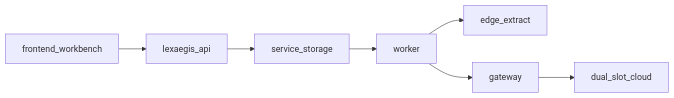
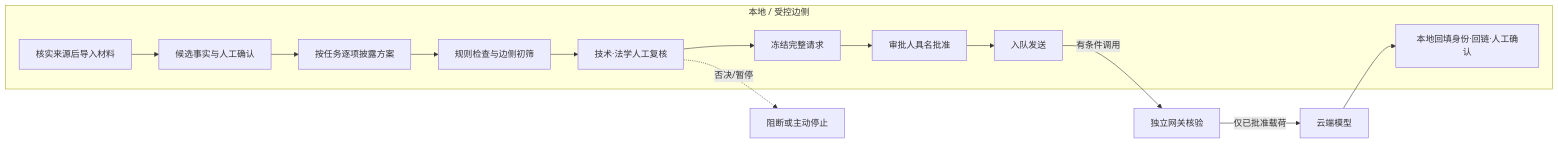
One commit to alanzhang66666/LexAegis changed the third of 5 diagrams in README.md. Above: the diagram before and after it, drawn with Mermaid. The commit also changed other lines of this file and 91 other files, not shown here.

````diff
--- a/README.md
+++ b/README.md
@@ -151,9 +242,17 @@
 ```mermaid
 flowchart LR
-  workbench[frontend_workbench] --> api[lexaegis_api]
-  api --> service[service_storage]
-  service --> worker[worker]
-  worker --> edge[edge_extract]
-  worker --> gateway[gateway]
-  gateway --> cloud[dual_slot_cloud]
+  subgraph local[本地 / 受控边侧]
+    import[核实来源后导入材料] --> facts[候选事实与人工确认]
+    facts --> plan[按任务逐项披露方案]
+    plan --> check[规则检查与边侧初筛]
+    check --> review[技术·法学人工复核]
+    review --> freeze[冻结完整请求]
+    freeze --> approve[审批人具名批准]
+    approve --> enqueue[入队发送]
+    result[本地回填身份·回链·人工确认]
+  end
+  enqueue -->|有条件调用| gateway[独立网关核验]
+  gateway -->|仅已批准载荷| cloud[云端模型]
+  cloud --> result
+  review -.否决/暂停.-> stop[阻断或主动停止]
 ```
````
